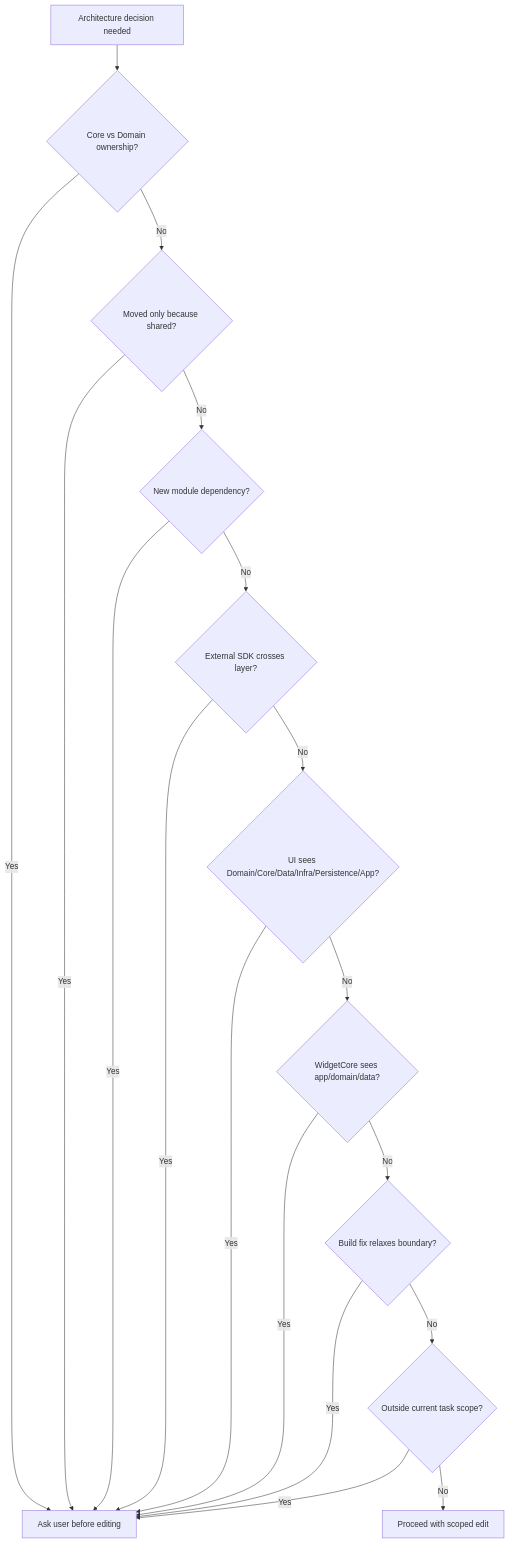
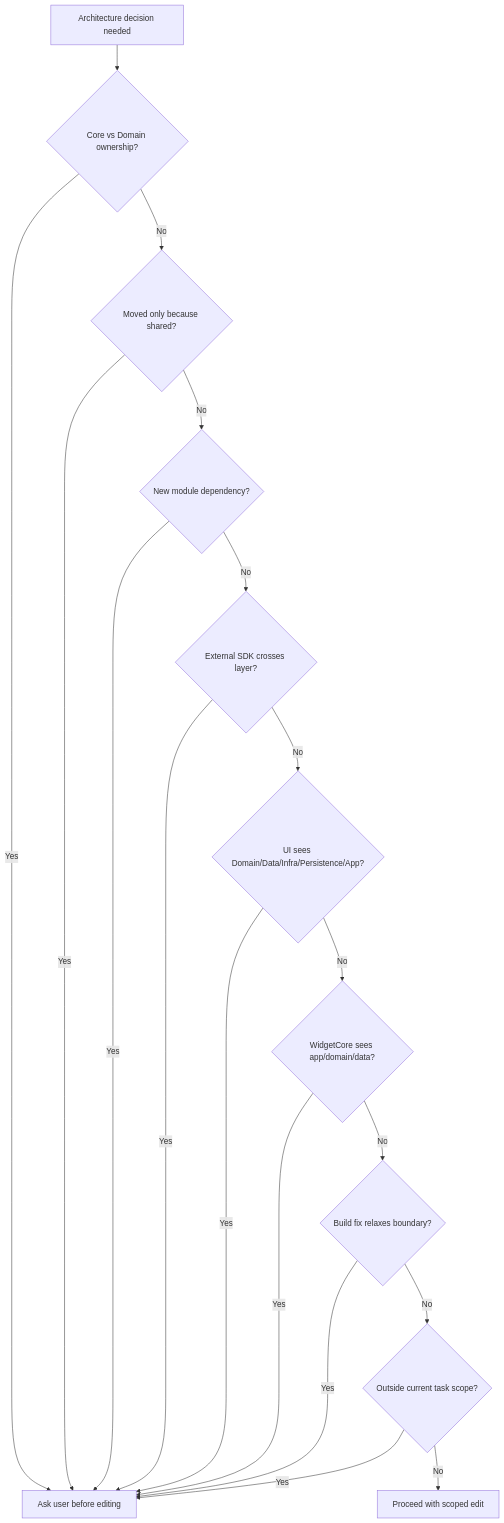
Before and after one commit to opficdev/DevLog_iOS: the fifth of 9 diagrams in .hermes/skills/devlog-architecture-harness/references/devlog-architecture-flow.md, drawn with Mermaid. The commit also changed other lines of this file and 4 other files, not shown here.

````diff
--- a/.hermes/skills/devlog-architecture-harness/references/devlog-architecture-flow.md
+++ b/.hermes/skills/devlog-architecture-harness/references/devlog-architecture-flow.md
@@ -160,32 +161,32 @@
 ```mermaid
 flowchart TD
 	Check["Architecture decision needed"]
 	CoreDomain{"Core vs Domain ownership?"}
 	Shared{"Moved only because shared?"}
 	NewDependency{"New module dependency?"}
 	ExternalSDK{"External SDK crosses layer?"}
-	UIBoundary{"UI sees Domain/Core/Data/Infra/Persistence/App?"}
+	UIBoundary{"UI sees Domain/Data/Infra/Persistence/App?"}
 	WidgetBoundary{"WidgetCore sees app/domain/data?"}
 	BuildShortcut{"Build fix relaxes boundary?"}
 	ScopeDrift{"Outside current task scope?"}
 	Ask["Ask user before editing"]
 	Proceed["Proceed with scoped edit"]
 
 	Check --> CoreDomain
 	CoreDomain -->|Yes| Ask
 	CoreDomain -->|No| Shared
 	Shared -->|Yes| Ask
 	Shared -->|No| NewDependency
 	NewDependency -->|Yes| Ask
 	NewDependency -->|No| ExternalSDK
 	ExternalSDK -->|Yes| Ask
 	ExternalSDK -->|No| UIBoundary
 	UIBoundary -->|Yes| Ask
 	UIBoundary -->|No| WidgetBoundary
 	WidgetBoundary -->|Yes| Ask
 	WidgetBoundary -->|No| BuildShortcut
 	BuildShortcut -->|Yes| Ask
 	BuildShortcut -->|No| ScopeDrift
 	ScopeDrift -->|Yes| Ask
 	ScopeDrift -->|No| Proceed
 ```
````
